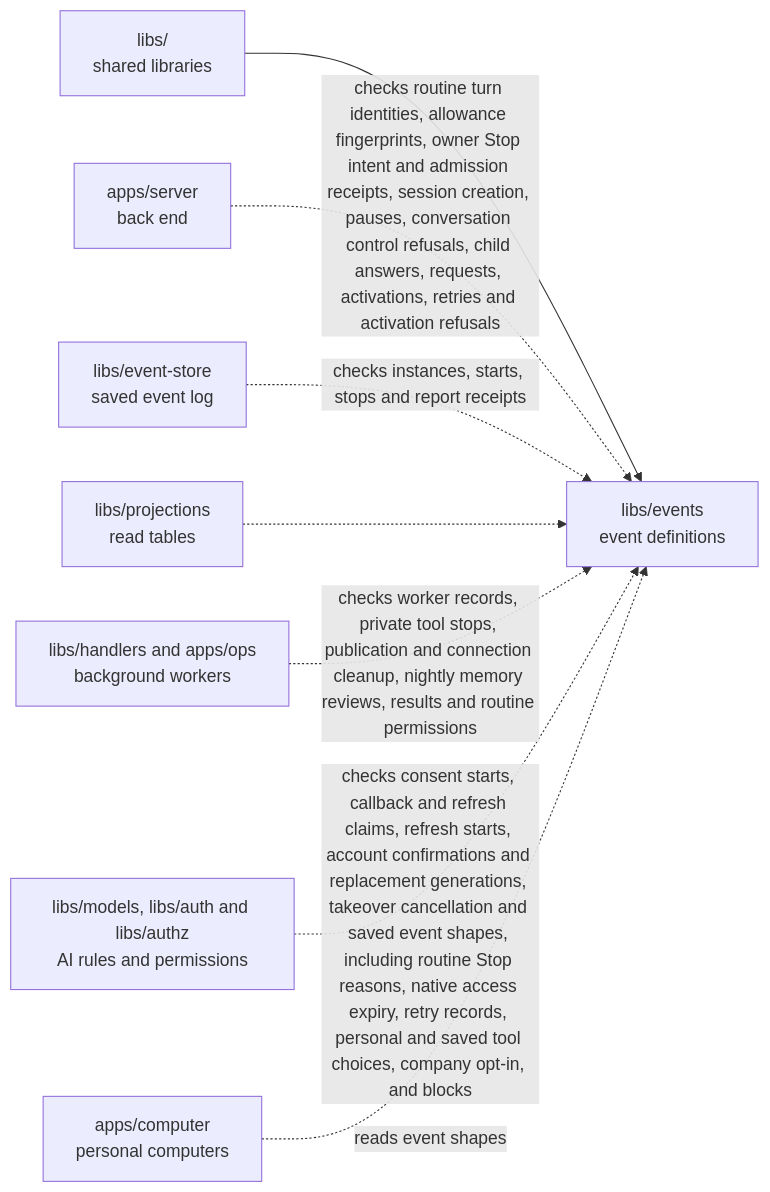
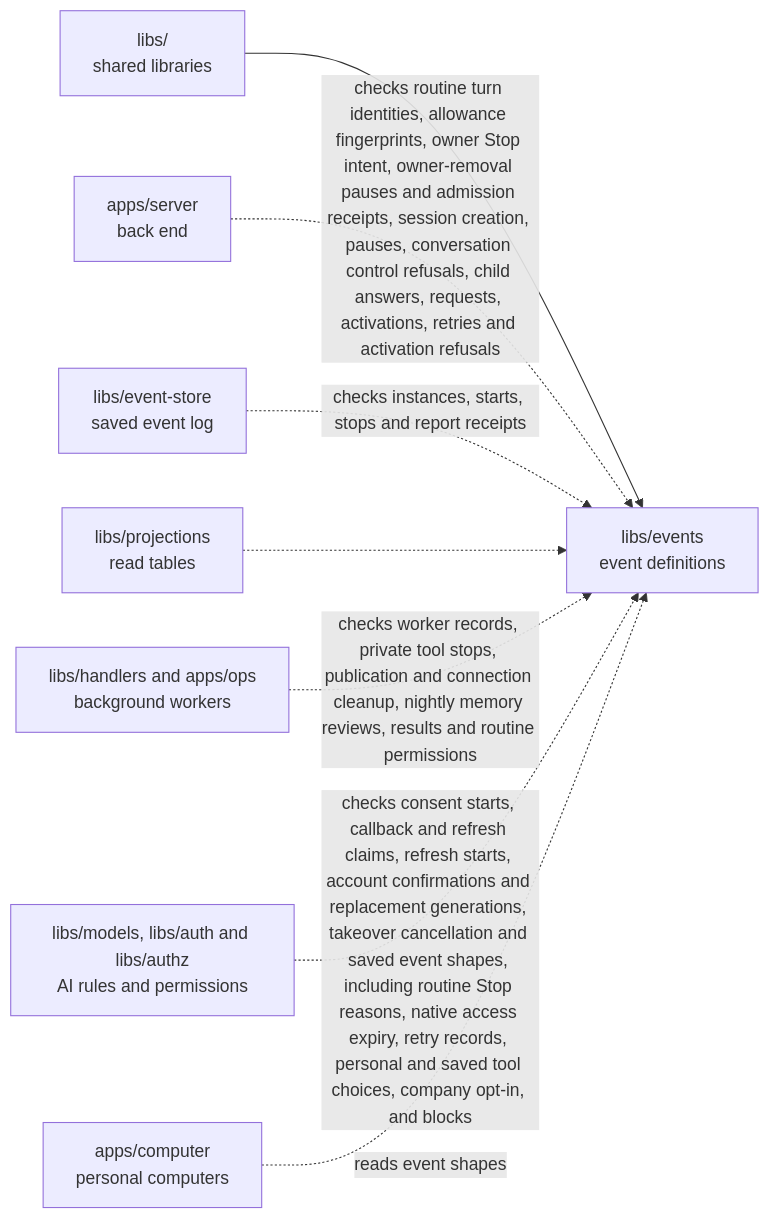
The diagram in libs/events/README.md (elewa-git/opencrane-new), drawn with Mermaid before and after one commit. The commit also changed other lines of this file and 16 other files, not shown here.

First line of the commit message:
⏸️ A routine pauses as soon as its recorded owner is removed (#802)

````diff
--- a/libs/events/README.md
+++ b/libs/events/README.md
@@ -36,10 +39,10 @@
 ```mermaid
 flowchart LR
   parent["libs/<br/>shared libraries"] --> events["libs/events<br/>event definitions"]
-  server["apps/server<br/>back end"] -.->|checks routine turn identities, allowance fingerprints, owner Stop intent and admission receipts, session creation, pauses, conversation control refusals, child answers, requests, activations, retries and activation refusals| events
+  server["apps/server<br/>back end"] -.->|checks routine turn identities, allowance fingerprints, owner Stop intent, owner-removal pauses and admission receipts, session creation, pauses, conversation control refusals, child answers, requests, activations, retries and activation refusals| events
   store["libs/event-store<br/>saved event log"] -.->|checks instances, starts, stops and report receipts| events
   projections["libs/projections<br/>read tables"] -.-> events
   workers["libs/handlers and apps/ops<br/>background workers"] -.->|checks worker records, private tool stops, publication and connection cleanup, nightly memory reviews, results and routine permissions| events
   models["libs/models, libs/auth and libs/authz<br/>AI rules and permissions"] -.->|checks consent starts, callback and refresh claims, refresh starts, account confirmations and replacement generations, takeover cancellation and saved event shapes, including routine Stop reasons, native access expiry, retry records, personal and saved tool choices, company opt-in, and blocks| events
   computer["apps/computer<br/>personal computers"] -.->|reads event shapes| events
 ```
````
